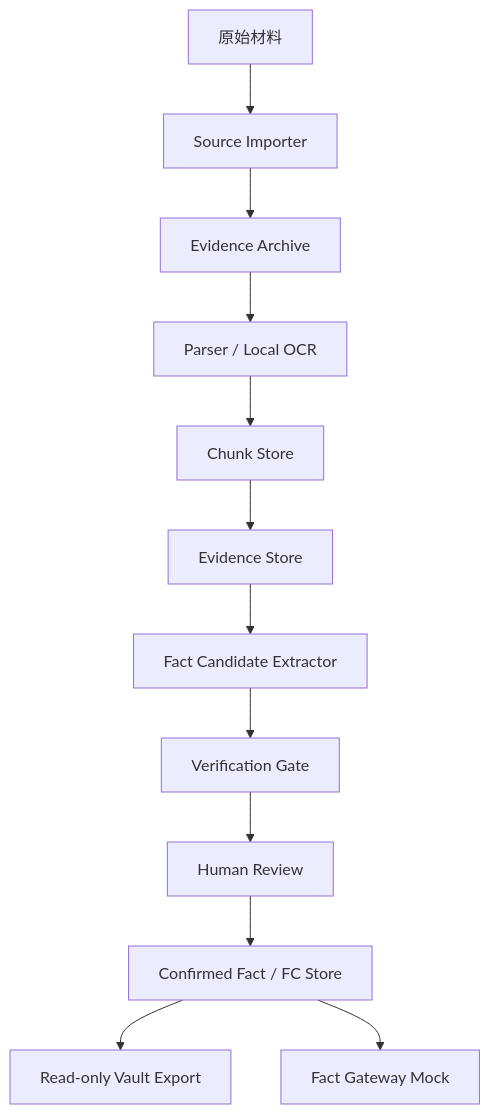
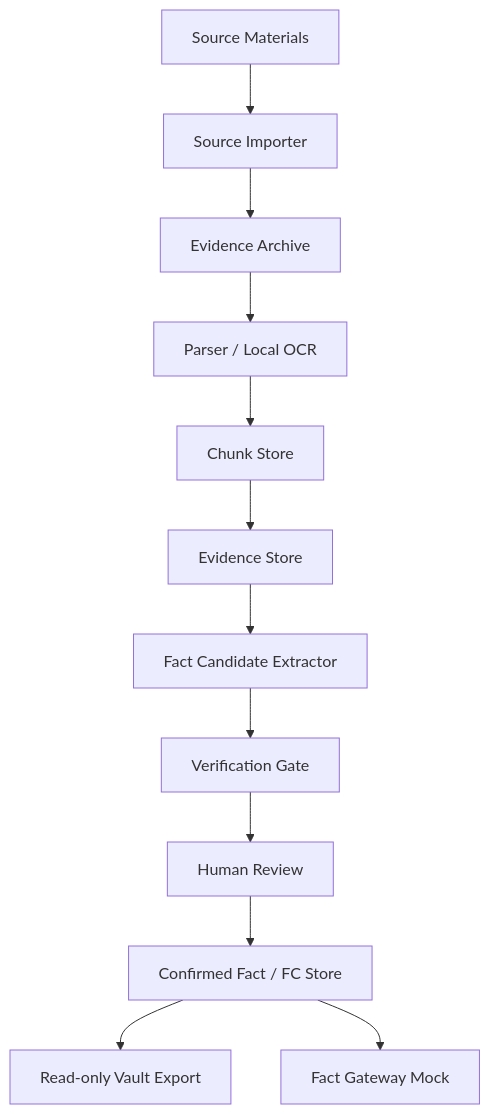
Before and after one commit to hualongY01/letai-casework-app: the diagram in docs/architecture_v0.1.md, drawn with Mermaid. The commit also changed other lines of this file and 18 other files, not shown here.

````diff
--- a/docs/architecture_v0.1.md
+++ b/docs/architecture_v0.1.md
@@ -5,14 +5,14 @@
 ```mermaid
 flowchart TD
-    A["原始材料"] --> B["Source Importer"]
+    A["Source Materials"] --> B["Source Importer"]
     B --> C["Evidence Archive"]
     C --> D["Parser / Local OCR"]
     D --> E["Chunk Store"]
     E --> F["Evidence Store"]
     F --> G["Fact Candidate Extractor"]
     G --> H["Verification Gate"]
     H --> I["Human Review"]
     I --> J["Confirmed Fact / FC Store"]
     J --> K["Read-only Vault Export"]
     J --> L["Fact Gateway Mock"]
 ```
````
